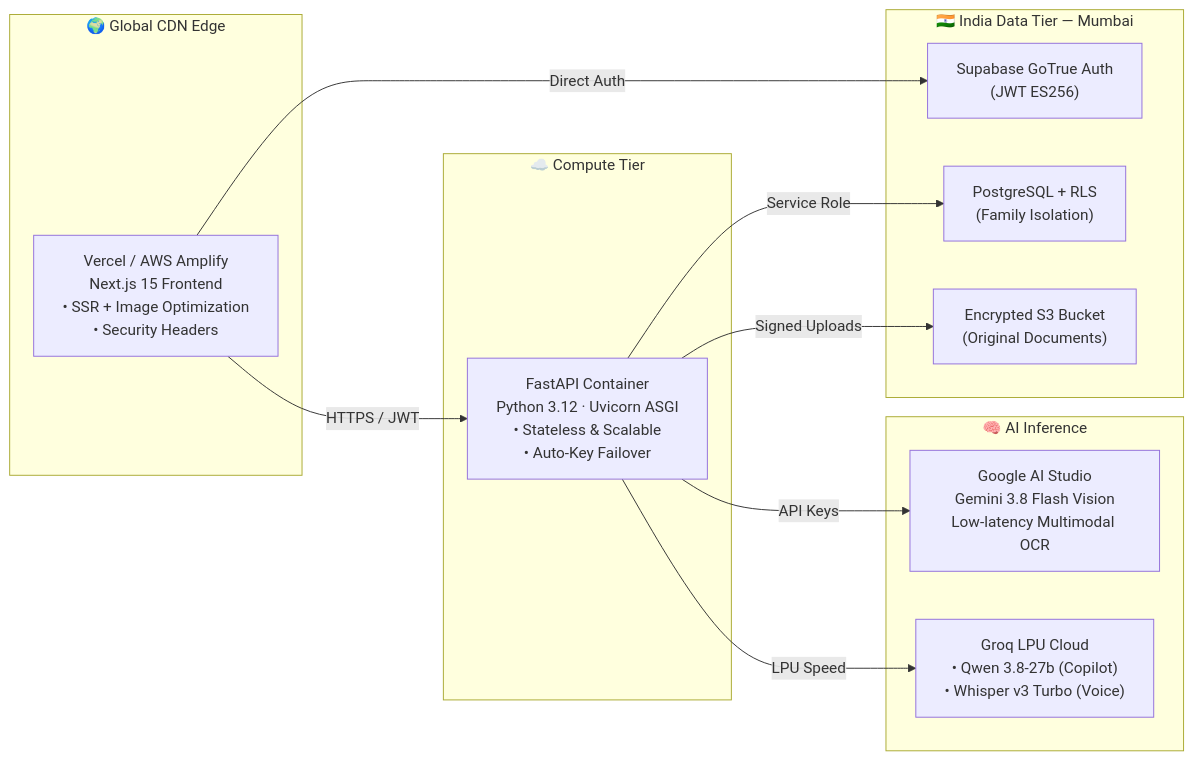
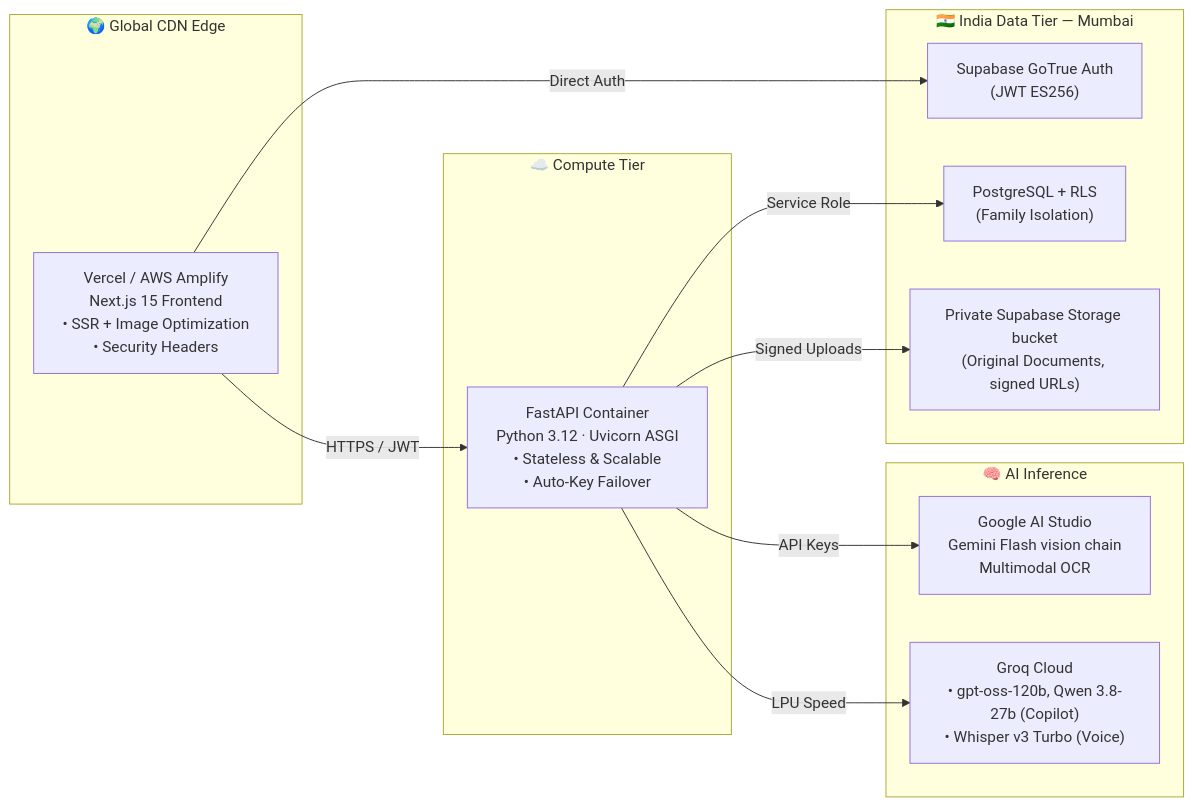
One commit to Amith-Gupta/Personal-Health-Copilot changed the third of 6 diagrams in README.md. Above: the diagram before and after it, drawn with Mermaid. The commit also changed other lines of this file and 2 other files, not shown here.

````diff
--- a/README.md
+++ b/README.md
@@ -176,28 +176,28 @@
 ```mermaid
 flowchart LR
     subgraph Edge["🌍 Global CDN Edge"]
         Vercel["Vercel / AWS Amplify<br/>Next.js 15 Frontend<br/>• SSR + Image Optimization<br/>• Security Headers"]
     end
 
     subgraph Compute["☁️ Compute Tier"]
         FastAPI["FastAPI Container<br/>Python 3.12 · Uvicorn ASGI<br/>• Stateless & Scalable<br/>• Auto-Key Failover"]
     end
 
     subgraph AI["🧠 AI Inference"]
-        Gemini["Google AI Studio<br/>Gemini 3.8 Flash Vision<br/>Low-latency Multimodal OCR"]
-        Groq["Groq LPU Cloud<br/>• Qwen 3.8-27b (Copilot)<br/>• Whisper v3 Turbo (Voice)"]
+        Gemini["Google AI Studio<br/>Gemini Flash vision chain<br/>Multimodal OCR"]
+        Groq["Groq Cloud<br/>• gpt-oss-120b, Qwen 3.8-27b (Copilot)<br/>• Whisper v3 Turbo (Voice)"]
     end
 
     subgraph DataLayer["🇮🇳 India Data Tier — Mumbai"]
         SupaAuth["Supabase GoTrue Auth<br/>(JWT ES256)"]
         SupaDB["PostgreSQL + RLS<br/>(Family Isolation)"]
-        SupaStore["Encrypted S3 Bucket<br/>(Original Documents)"]
+        SupaStore["Private Supabase Storage bucket<br/>(Original Documents, signed URLs)"]
     end
 
     Vercel -- "HTTPS / JWT" --> FastAPI
     FastAPI -- "API Keys" --> Gemini
     FastAPI -- "LPU Speed" --> Groq
     FastAPI -- "Service Role" --> SupaDB
     FastAPI -- "Signed Uploads" --> SupaStore
     Vercel -- "Direct Auth" --> SupaAuth
 ```
````
